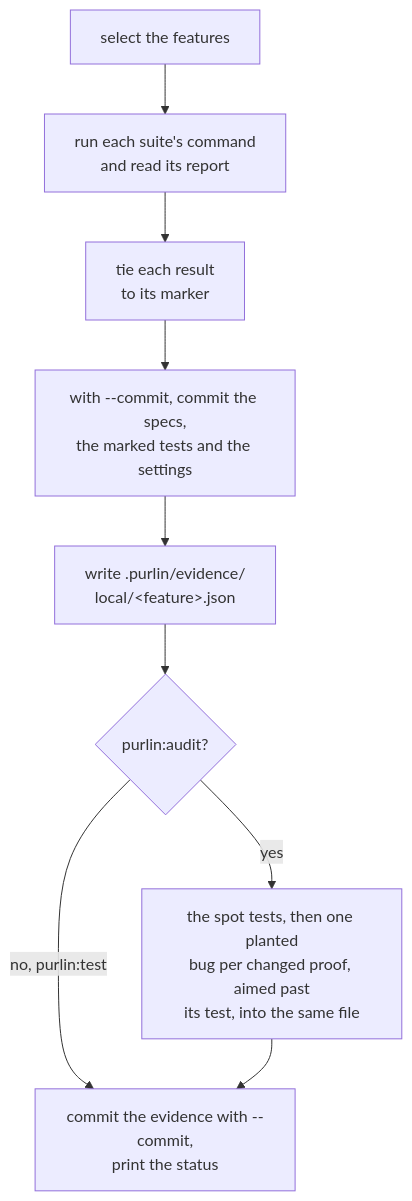
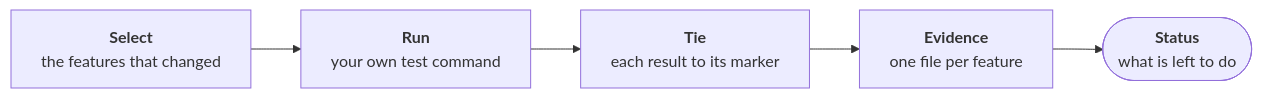
The first of 2 diagrams in docs/running-and-evidence.md (rlabarca/purlin), drawn with Mermaid before and after one commit. The commit also changed other lines of this file and 1 other file, not shown here.

First line of the commit message:
docs: the page on running the tests says what a run does, prints and leaves

````diff
--- a/docs/running-and-evidence.md
+++ b/docs/running-and-evidence.md
@@ -488,11 +8,7 @@
 ```mermaid
-flowchart TD
-    S["select the features"] --> R["run each suite's command<br>and read its report"]
-    R --> M["tie each result<br>to its marker"]
-    M --> C["with --commit, commit the specs,<br>the marked tests and the settings"]
-    C --> W["write .purlin/evidence/<br>local/#lt;feature#gt;.json"]
-    W --> Q{"purlin:audit?"}
-    Q -->|yes| A["the spot tests, then one planted<br>bug per changed proof, aimed past<br>its test, into the same file"]
-    Q -->|"no, purlin:test"| T
-    A --> T["commit the evidence with --commit,<br>print the status"]
+flowchart LR
+    S["<b>Select</b><br>the features that changed"] --> R["<b>Run</b><br>your own test command"]
+    R --> M["<b>Tie</b><br>each result to its marker"]
+    M --> E["<b>Evidence</b><br>one file per feature"]
+    E --> T(["<b>Status</b><br>what is left to do"])
 ```
````
